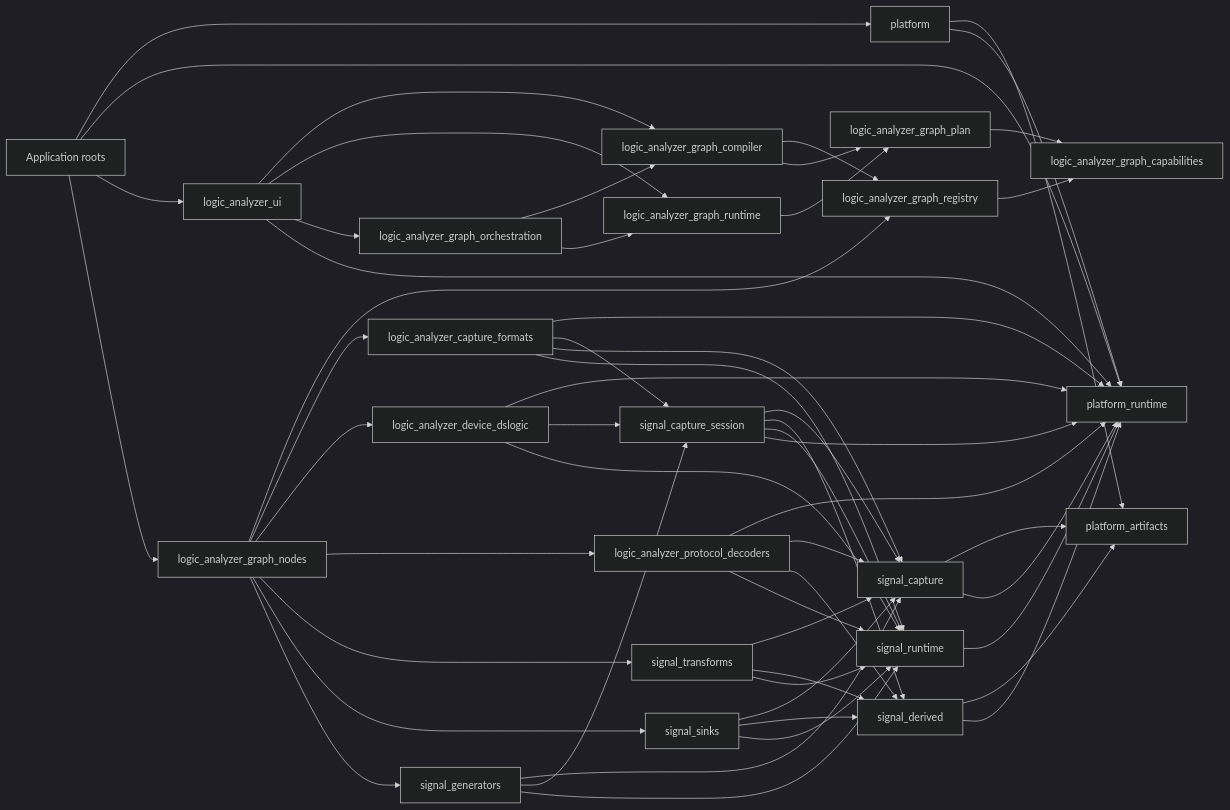
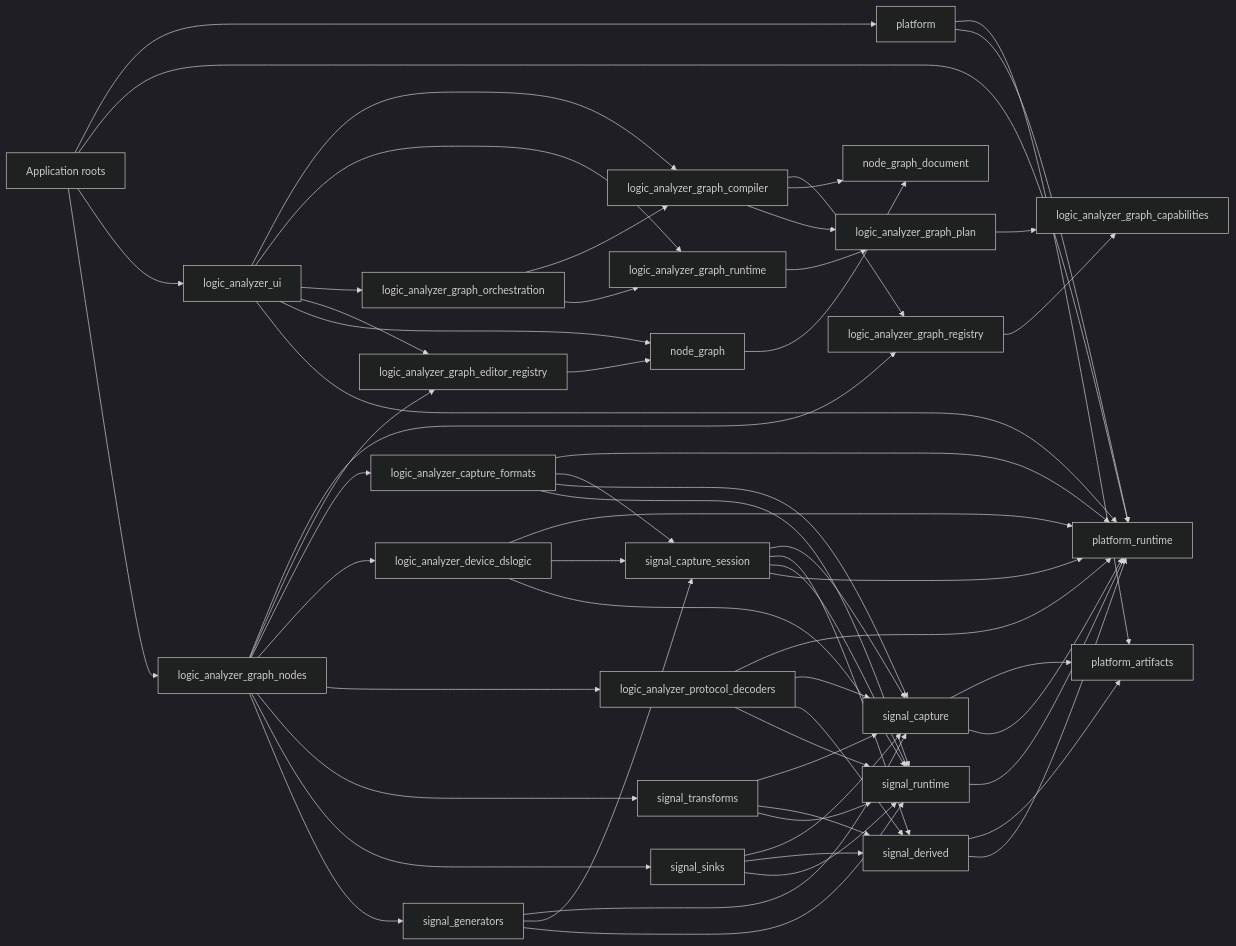
The first of 2 diagrams in docs/architecture/crate_responsibility.md (rcaelers/dsl), drawn with Mermaid (dark theme) before and after one commit. The commit also changed other lines of this file and 144 other files, not shown here.

First line of the commit message:
refactor(graph)!: extract the portable document model

````diff
--- a/docs/architecture/crate_responsibility.md
+++ b/docs/architecture/crate_responsibility.md
@@ -265,56 +277,62 @@
 ```mermaid
 flowchart LR
     Apps[Application roots] --> Platform[platform]
     Apps --> HostRuntime[platform_runtime]
     Apps --> UI[logic_analyzer_ui]
     Apps --> Nodes[logic_analyzer_graph_nodes]
     Platform --> Artifacts[platform_artifacts]
     Platform --> HostRuntime
     UI --> Compiler[logic_analyzer_graph_compiler]
     UI --> Runtime[logic_analyzer_graph_runtime]
     UI --> Orchestration[logic_analyzer_graph_orchestration]
+    UI --> EditorRegistry[logic_analyzer_graph_editor_registry]
+    UI --> Editor[node_graph]
     UI --> HostRuntime
     Orchestration --> Compiler
     Orchestration --> Runtime
     Compiler --> Registry[logic_analyzer_graph_registry]
+    Compiler --> Document[node_graph_document]
     Compiler --> Plan[logic_analyzer_graph_plan]
     Runtime --> Plan
     Registry --> Capabilities[logic_analyzer_graph_capabilities]
     Plan --> Capabilities
     Nodes --> Registry
+    Nodes --> EditorRegistry
+    EditorRegistry --> Editor
+    Editor --> Document
     Nodes --> Formats[logic_analyzer_capture_formats]
     Nodes --> Device[logic_analyzer_device_dslogic]
     Nodes --> Decoders[logic_analyzer_protocol_decoders]
     Nodes --> Transforms[signal_transforms]
     Nodes --> Sinks[signal_sinks]
     Nodes --> Generators[signal_generators]
     Formats --> HostRuntime
     Formats --> Session[signal_capture_session]
     Formats --> Capture[signal_capture]
     Device --> HostRuntime
     Device --> Session
     Decoders --> HostRuntime
     Decoders --> Capture
     Decoders --> Derived[signal_derived]
     Transforms --> Capture
     Transforms --> Derived
     Sinks --> Capture
     Sinks --> Derived
     Generators --> Capture
     Generators --> Session
     Formats --> Stream[signal_runtime]
     Device --> Stream
     Decoders --> Stream
     Transforms --> Stream
     Sinks --> Stream
     Generators --> Stream
     Stream --> HostRuntime
     Session --> Capture
     Session --> Derived
     Session --> Stream
     Session --> HostRuntime
     Capture --> Artifacts
     Capture --> HostRuntime
     Derived --> Artifacts
     Derived --> HostRuntime
 ```
````
